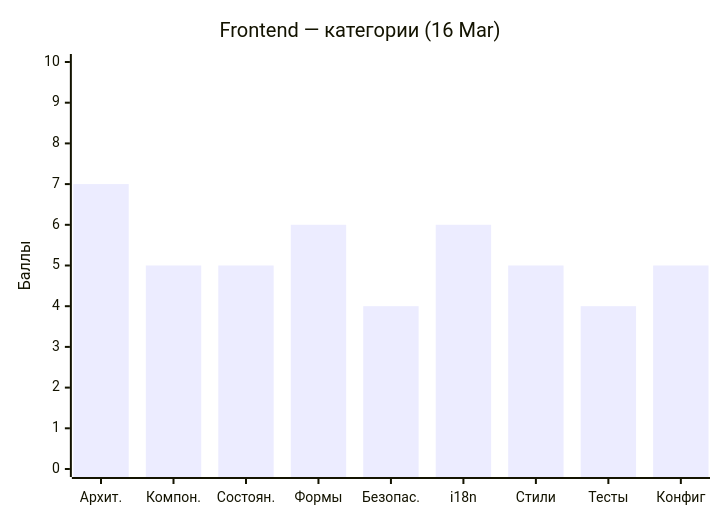
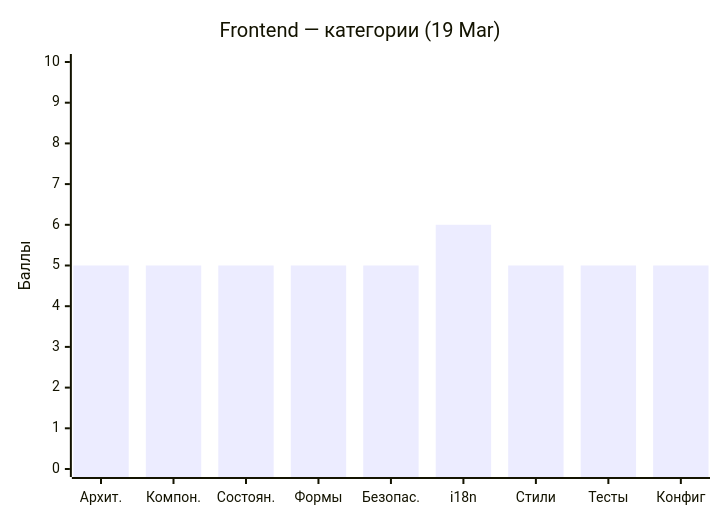
Before and after one commit to ngKittyDebug/RS-Tandem-ngKittyDebug: the second of 4 diagrams in CodeQualityStatus/status.md, drawn with Mermaid. The commit also changed other lines of this file and 2 other files, not shown here.

````diff
--- a/CodeQualityStatus/status.md
+++ b/CodeQualityStatus/status.md
@@ -103,7 +112,7 @@
 ```mermaid
 xychart-beta
-    title "Frontend — категории (16 Mar)"
+    title "Frontend — категории (19 Mar)"
     x-axis ["Архит.", "Компон.", "Состоян.", "Формы", "Безопас.", "i18n", "Стили", "Тесты", "Конфиг"]
     y-axis "Баллы" 0 --> 10
-    bar [7, 5, 5, 6, 4, 6, 5, 4, 5]
+    bar [5, 5, 5, 5, 5, 6, 5, 5, 5]
 ```
````
